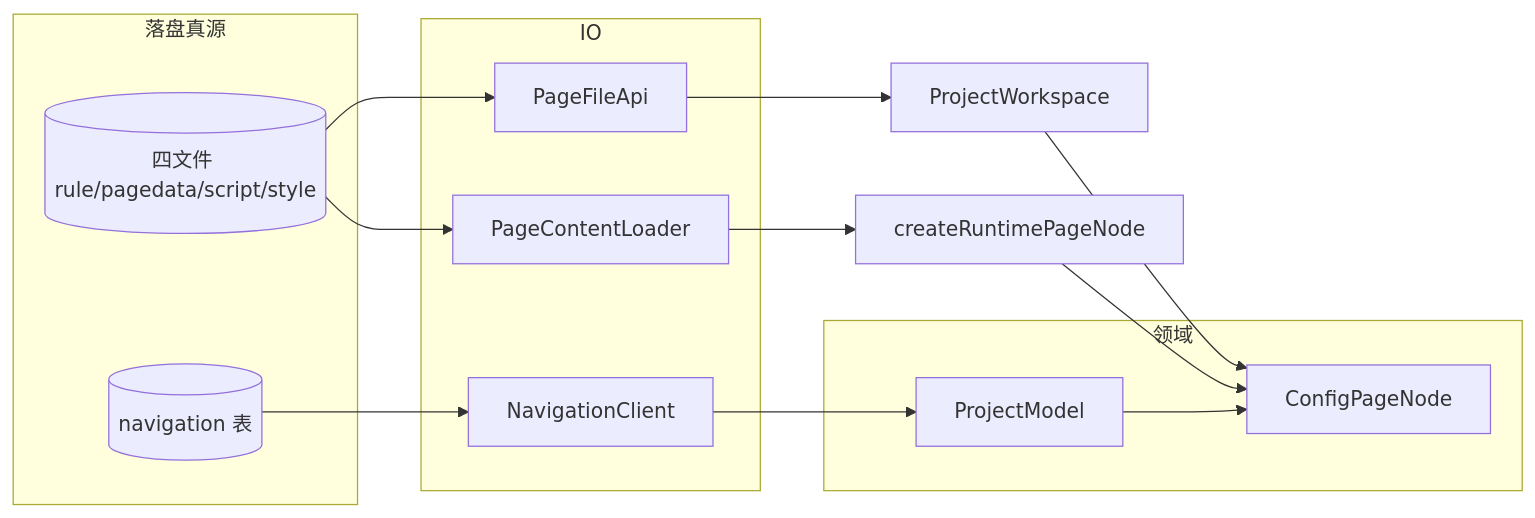
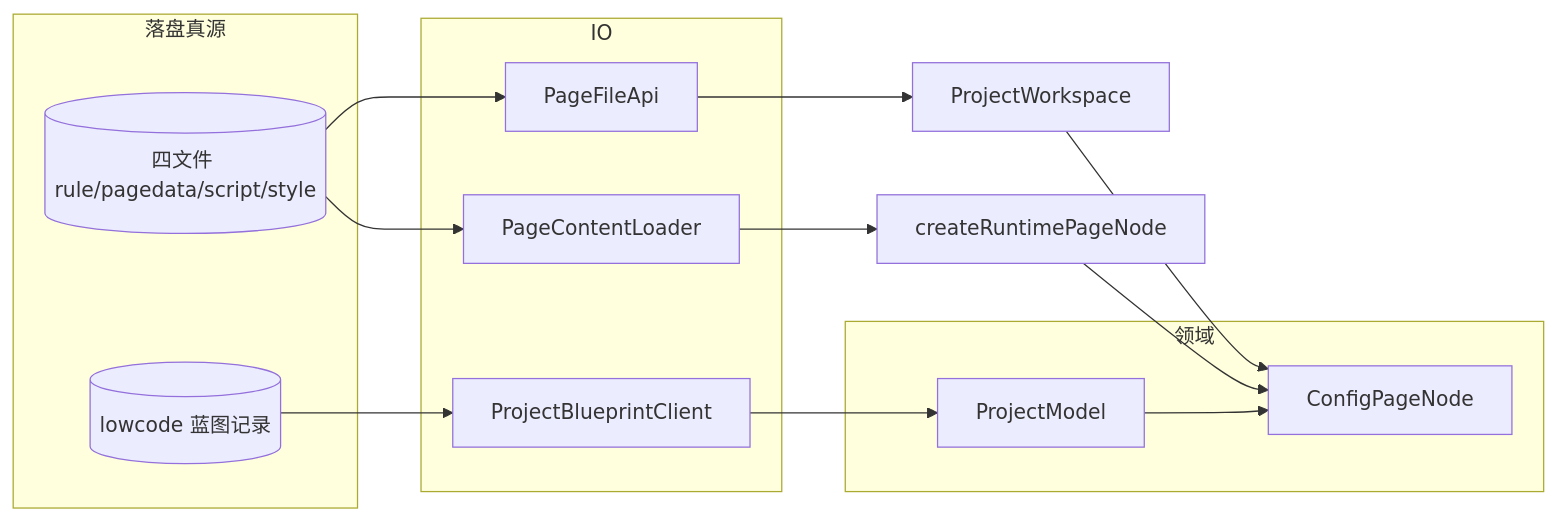
The third of 5 diagrams in packages/spark-project-model/src/MODEL-HIERARCHY.md (LMSpark/APPWORKS), drawn with Mermaid before and after one commit. The commit also changed other lines of this file and 13 other files, not shown here.

First line of the commit message:
docs(architecture): rewrite architecture docs against current source

````diff
--- a/packages/spark-project-model/src/MODEL-HIERARCHY.md
+++ b/packages/spark-project-model/src/MODEL-HIERARCHY.md
@@ -230,25 +230,25 @@
 ```mermaid
 flowchart LR
   subgraph 落盘真源
-    DB[(navigation 表)]
+    DB[(lowcode 蓝图记录)]
     FS[(四文件 rule/pagedata/script/style)]
   end
 
   subgraph IO
-    NC[NavigationClient]
+    NC[ProjectBlueprintClient]
     PFA[PageFileApi]
     PCL[PageContentLoader]
   end
 
   subgraph 领域
     PM[ProjectModel]
     CP[ConfigPageNode]
   end
 
   DB --> NC --> PM
   FS --> PFA --> PW[ProjectWorkspace]
   FS --> PCL --> RT[createRuntimePageNode]
   PW --> CP
   RT --> CP
   PM --> CP
 ```
````
